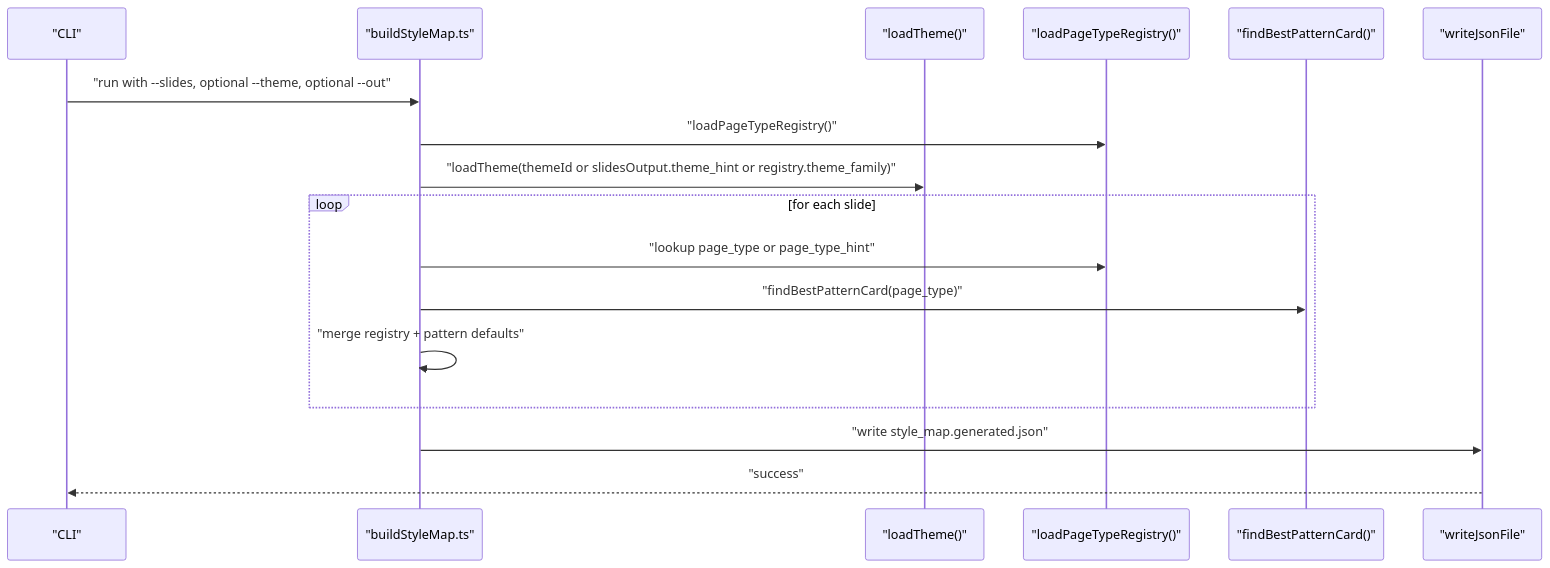
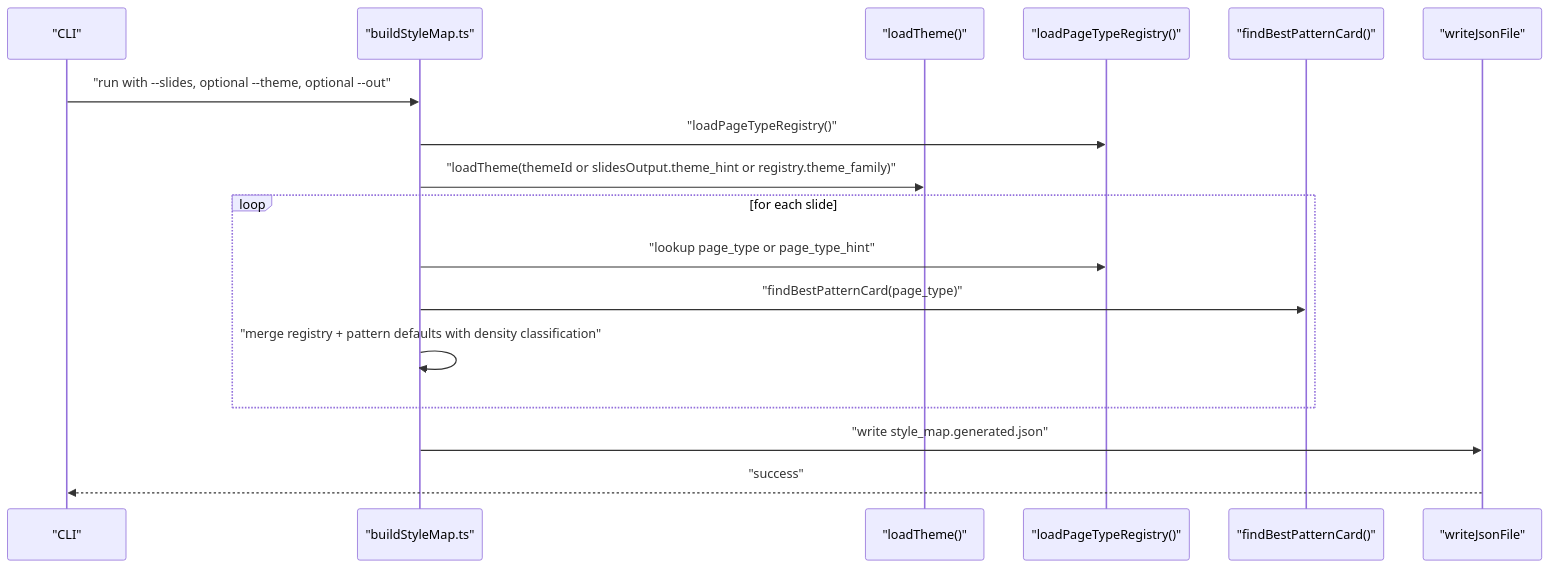
The second of 4 diagrams in .qoder/repowiki/en/content/Style System/Style System.md (brantzh6/deepPPT), drawn with Mermaid before and after one commit. The commit also changed other lines of this file and 6 other files, not shown here.

Commit message:
Redesign layered_architecture_stack with modern control panel style

````diff
--- a/.qoder/repowiki/en/content/Style System/Style System.md
+++ b/.qoder/repowiki/en/content/Style System/Style System.md
@@ -114,19 +118,19 @@
 ```mermaid
 sequenceDiagram
 participant CLI as "CLI"
 participant Build as "buildStyleMap.ts"
 participant Theme as "loadTheme()"
 participant Registry as "loadPageTypeRegistry()"
 participant Patterns as "findBestPatternCard()"
 participant Writer as "writeJsonFile"
 CLI->>Build : "run with --slides, optional --theme, optional --out"
 Build->>Registry : "loadPageTypeRegistry()"
 Build->>Theme : "loadTheme(themeId or slidesOutput.theme_hint or registry.theme_family)"
 loop for each slide
 Build->>Registry : "lookup page_type or page_type_hint"
 Build->>Patterns : "findBestPatternCard(page_type)"
-Build->>Build : "merge registry + pattern defaults"
+Build->>Build : "merge registry + pattern defaults with density classification"
 end
 Build->>Writer : "write style_map.generated.json"
 Writer-->>CLI : "success"
 ```
````
